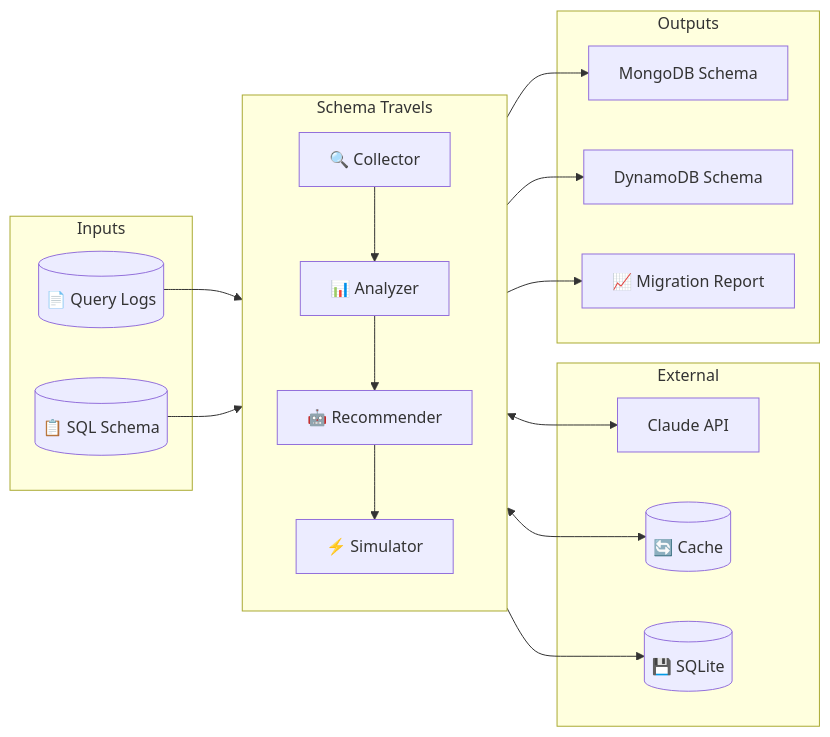
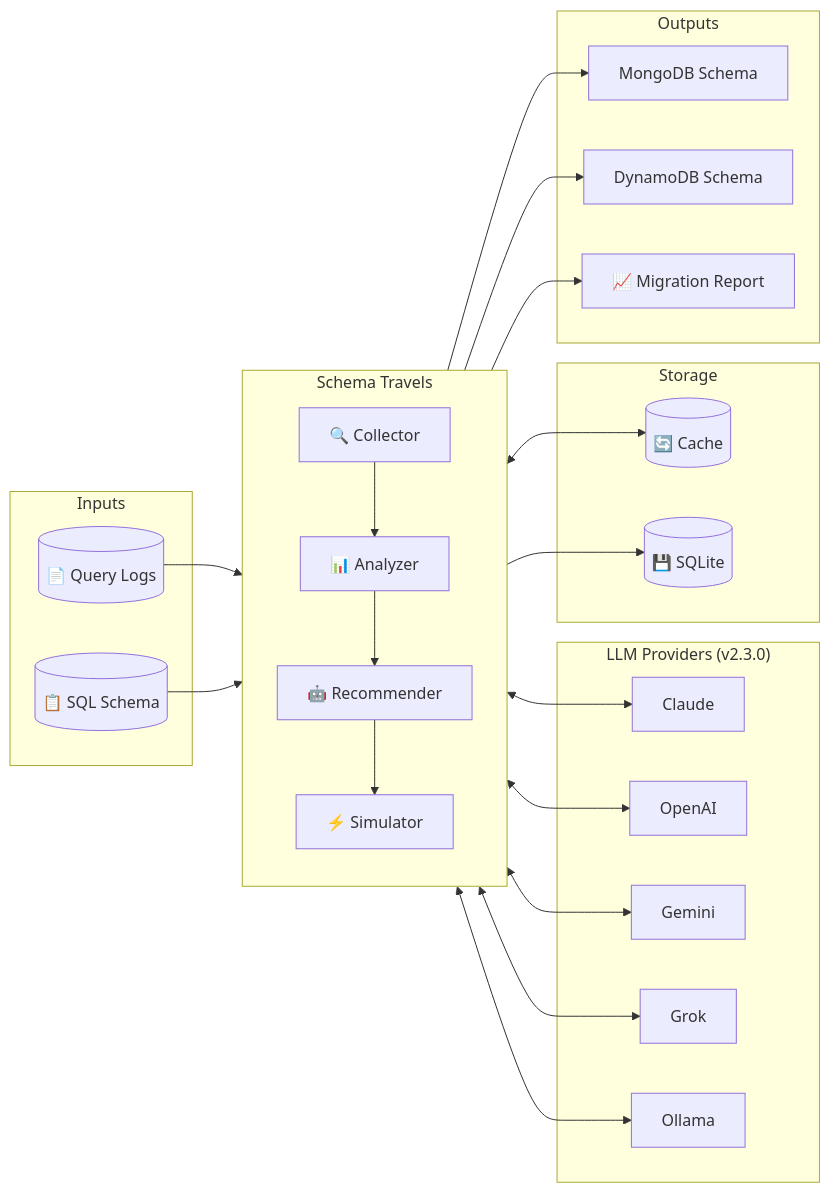
One commit to kraghavan/schema-travels changed the first of 7 diagrams in ARCHITECTURE.md. Above: the diagram before and after it, drawn with Mermaid. The commit also changed other lines of this file and 21 other files, not shown here.

Commit message:
KRAG-9: supporting use of local LLM (via ollama) and other frontier m (#7)

````diff
--- a/ARCHITECTURE.md
+++ b/ARCHITECTURE.md
@@ -5,40 +5,51 @@
 ```mermaid
 flowchart LR
     subgraph Inputs
         LOGS[("📄 Query Logs")]
         SCHEMA[("📋 SQL Schema")]
     end
 
     subgraph Core["Schema Travels"]
         direction TB
         C["🔍 Collector"]
         A["📊 Analyzer"]
         R["🤖 Recommender"]
         S["⚡ Simulator"]
         
         C --> A
         A --> R
         R --> S
     end
 
-    subgraph External
-        CLAUDE["Claude API"]
+    subgraph LLM["LLM Providers (v2.3.0)"]
+        CLAUDE["Claude"]
+        OPENAI["OpenAI"]
+        GEMINI["Gemini"]
+        GROK["Grok"]
+        OLLAMA["Ollama"]
+    end
+
+    subgraph Storage
         CACHE[("🔄 Cache")]
         DB[("💾 SQLite")]
     end
 
     subgraph Outputs
         MONGO["MongoDB Schema"]
         DYNAMO["DynamoDB Schema"]
         REPORT["📈 Migration Report"]
     end
 
     LOGS --> C
     SCHEMA --> C
     R <--> CLAUDE
+    R <--> OPENAI
+    R <--> GEMINI
+    R <--> GROK
+    R <--> OLLAMA
     R <--> CACHE
     Core --> DB
     S --> REPORT
     R --> MONGO
     R --> DYNAMO
 ```
````
